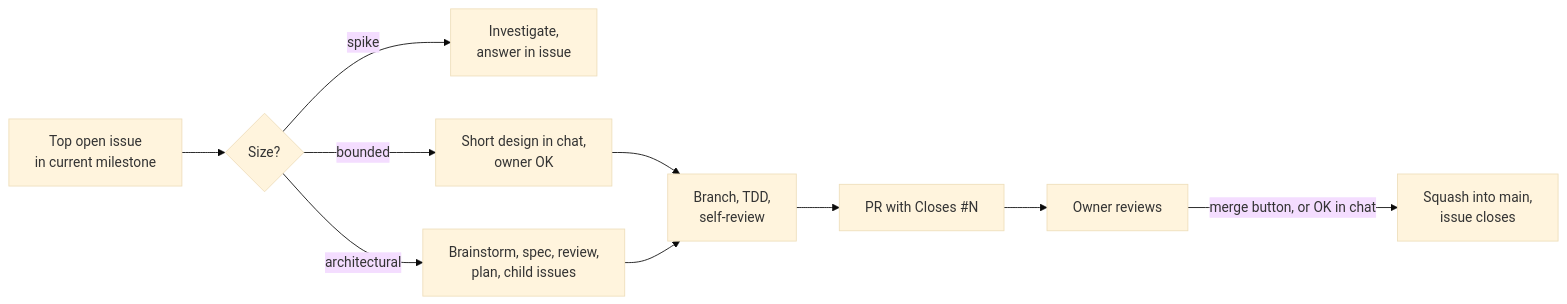
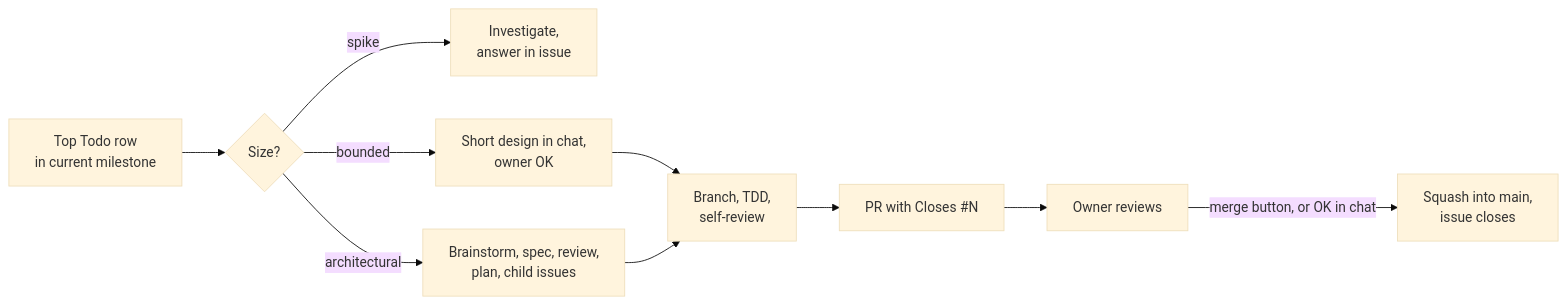
One commit to maldrakar/todo-app changed the diagram in docs/process.md. Above: the diagram before and after it, drawn with Mermaid (base theme). The commit also changed other lines of this file and 2 other files, not shown here.

````diff
--- a/docs/process.md
+++ b/docs/process.md
@@ -130,12 +172,12 @@
 ```mermaid
 flowchart LR
-  I[Top open issue<br/>in current milestone] --> C{Size?}
+  I[Top Todo row<br/>in current milestone] --> C{Size?}
   C -->|spike| S[Investigate,<br/>answer in issue]
   C -->|bounded| D[Short design in chat,<br/>owner OK]
   C -->|architectural| B[Brainstorm, spec, review,<br/>plan, child issues]
   D --> W[Branch, TDD,<br/>self-review]
   B --> W
   W --> P[PR with Closes #N]
   P --> R[Owner reviews]
   R -->|merge button, or OK in chat| M[Squash into main,<br/>issue closes]
 ```
````
